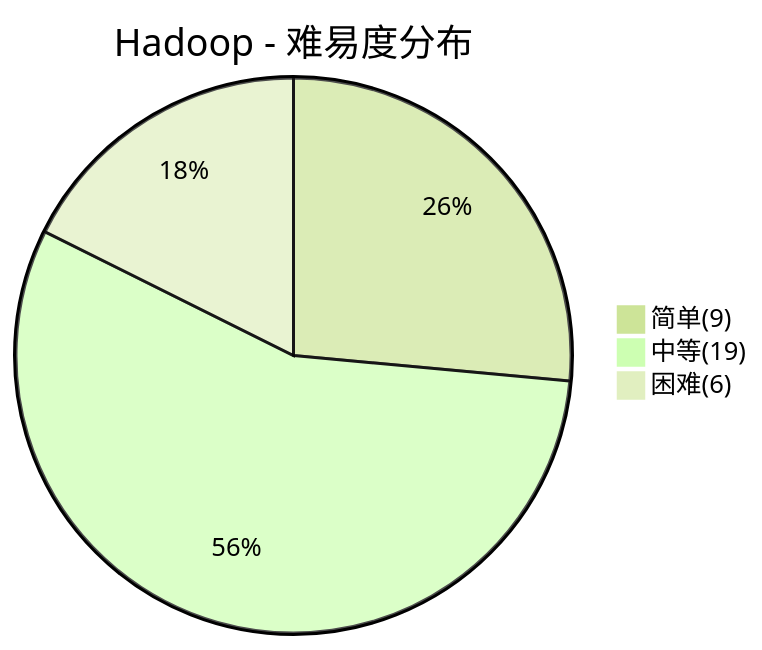
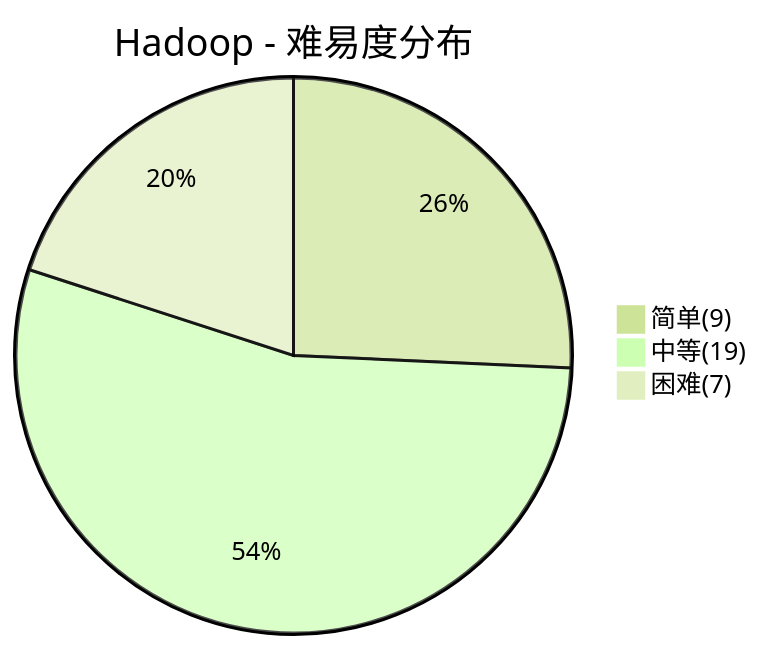
Before and after one commit to dunwu/waterdrop: the first of 5 diagrams in docs/99.面试/大数据面试.md, drawn with Mermaid (forest theme). The commit also changed other lines of this file and 73 other files, not shown here.

````diff
--- a/docs/99.面试/大数据面试.md
+++ b/docs/99.面试/大数据面试.md
@@ -28,6 +28,6 @@
 ```mermaid
 pie title Hadoop - 难易度分布
     "简单(9)" : 9
     "中等(19)" : 19
-    "困难(6)" : 6
+    "困难(7)" : 7
 ```
````
